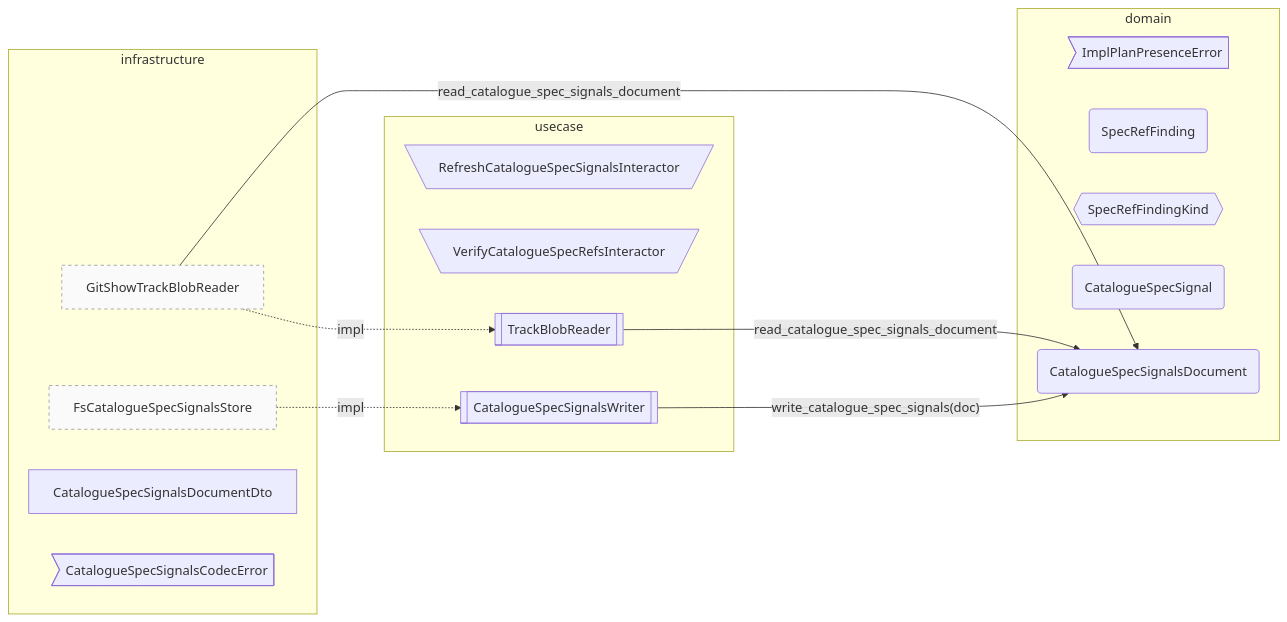
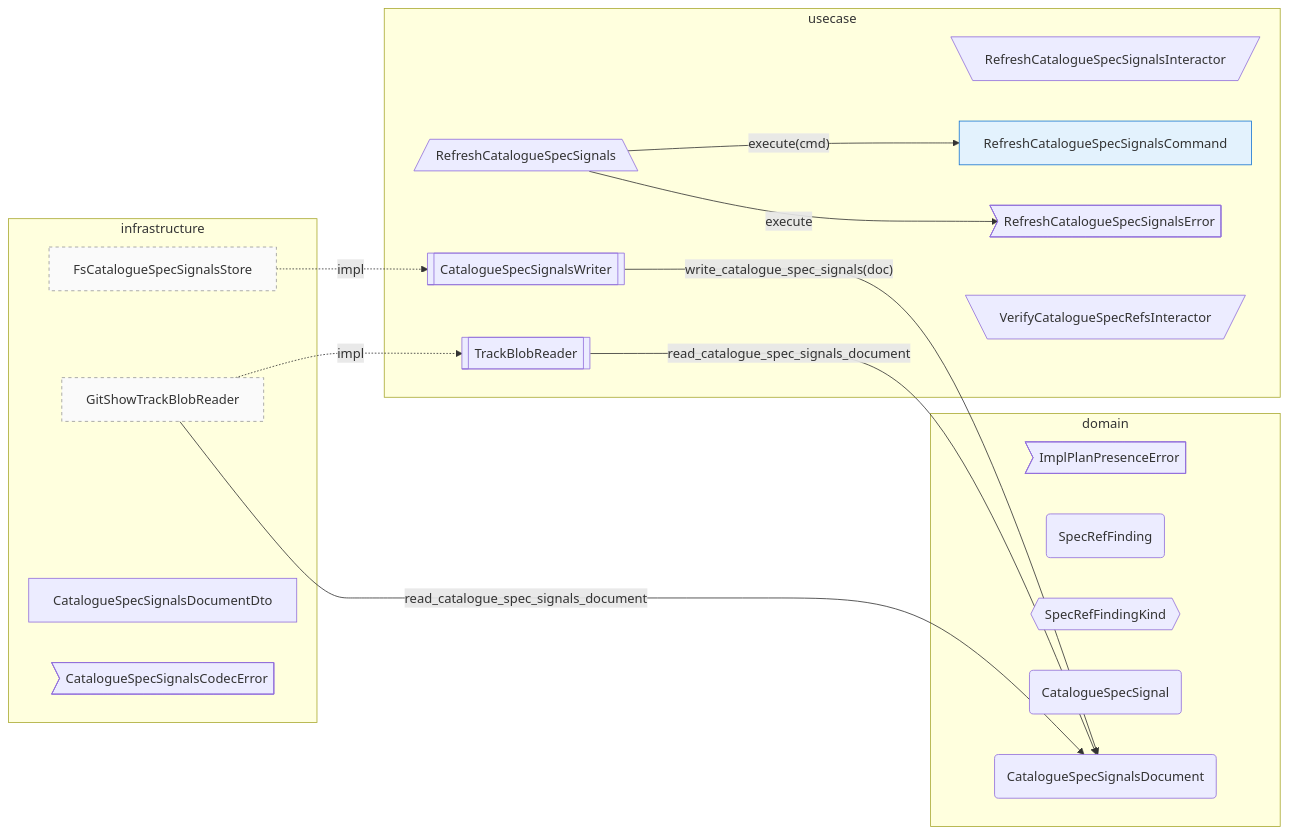
The diagram in track/items/catalogue-spec-signal-activation-2026-04-23/contract-map.md (Flip451/SoTOHE-core), drawn with Mermaid before and after one commit. The commit also changed 9 other files, not shown here.

````diff
--- a/track/items/catalogue-spec-signal-activation-2026-04-23/contract-map.md
+++ b/track/items/catalogue-spec-signal-activation-2026-04-23/contract-map.md
@@ -1,31 +1,36 @@
 ```mermaid
 flowchart LR
     classDef secondary_adapter fill:#fafafa,stroke:#999,stroke-dasharray: 4 4
     classDef command fill:#e3f2fd,stroke:#1976d2
     classDef query fill:#f3e5f5,stroke:#8e24aa
     classDef factory fill:#fff8e1,stroke:#f9a825
     subgraph domain [domain]
         L6_domain_ImplPlanPresenceError>ImplPlanPresenceError]
         L6_domain_SpecRefFinding(SpecRefFinding)
         L6_domain_SpecRefFindingKind{{SpecRefFindingKind}}
         L6_domain_CatalogueSpecSignal(CatalogueSpecSignal)
         L6_domain_CatalogueSpecSignalsDocument(CatalogueSpecSignalsDocument)
     end
     subgraph usecase [usecase]
         L7_usecase_RefreshCatalogueSpecSignalsInteractor[\RefreshCatalogueSpecSignalsInteractor/]
+        L7_usecase_RefreshCatalogueSpecSignals[/RefreshCatalogueSpecSignals\]
+        L7_usecase_RefreshCatalogueSpecSignalsCommand[RefreshCatalogueSpecSignalsCommand]:::command
+        L7_usecase_RefreshCatalogueSpecSignalsError>RefreshCatalogueSpecSignalsError]
         L7_usecase_VerifyCatalogueSpecRefsInteractor[\VerifyCatalogueSpecRefsInteractor/]
         L7_usecase_TrackBlobReader[[TrackBlobReader]]
         L7_usecase_CatalogueSpecSignalsWriter[[CatalogueSpecSignalsWriter]]
     end
     subgraph infrastructure [infrastructure]
         L14_infrastructure_GitShowTrackBlobReader[GitShowTrackBlobReader]:::secondary_adapter
         L14_infrastructure_FsCatalogueSpecSignalsStore[FsCatalogueSpecSignalsStore]:::secondary_adapter
         L14_infrastructure_CatalogueSpecSignalsDocumentDto[CatalogueSpecSignalsDocumentDto]
         L14_infrastructure_CatalogueSpecSignalsCodecError>CatalogueSpecSignalsCodecError]
     end
     L14_infrastructure_FsCatalogueSpecSignalsStore -.impl.-> L7_usecase_CatalogueSpecSignalsWriter
     L14_infrastructure_GitShowTrackBlobReader -->|"read_catalogue_spec_signals_document"| L6_domain_CatalogueSpecSignalsDocument
     L14_infrastructure_GitShowTrackBlobReader -.impl.-> L7_usecase_TrackBlobReader
     L7_usecase_CatalogueSpecSignalsWriter -->|"write_catalogue_spec_signals(doc)"| L6_domain_CatalogueSpecSignalsDocument
+    L7_usecase_RefreshCatalogueSpecSignals -->|"execute"| L7_usecase_RefreshCatalogueSpecSignalsError
+    L7_usecase_RefreshCatalogueSpecSignals -->|"execute(cmd)"| L7_usecase_RefreshCatalogueSpecSignalsCommand
     L7_usecase_TrackBlobReader -->|"read_catalogue_spec_signals_document"| L6_domain_CatalogueSpecSignalsDocument
 ```
````
